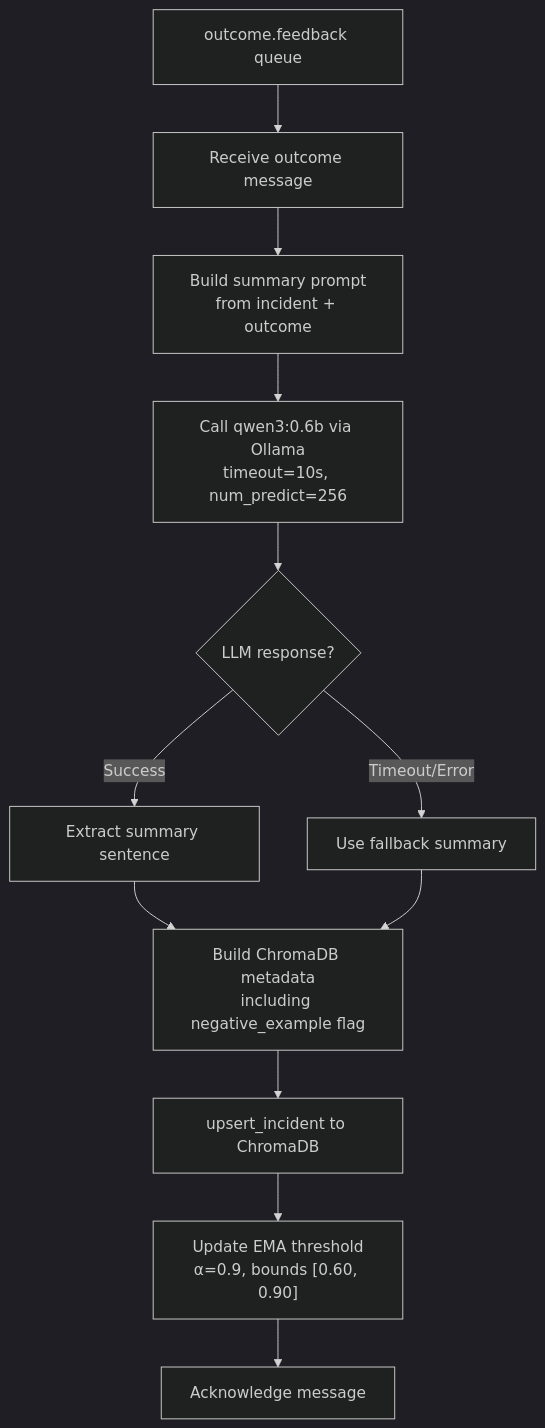
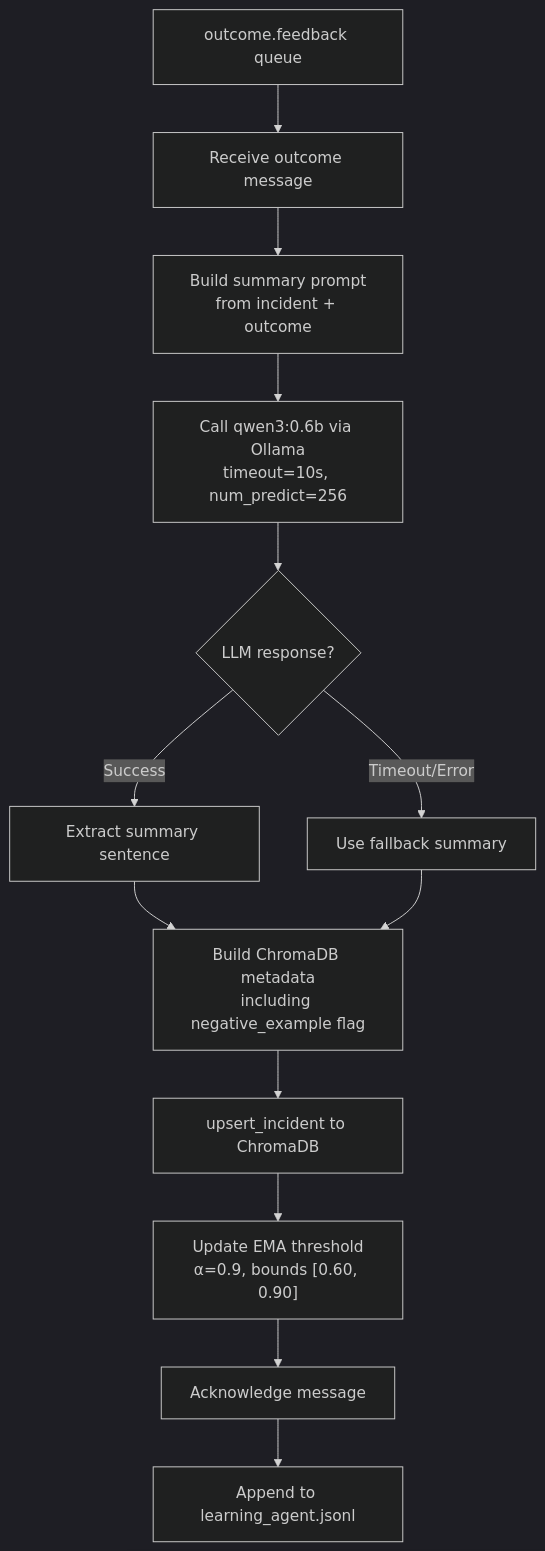
One commit to Spectre206/fyp-pipeline changed the fourth of 4 diagrams in layer2/docs/layer2_component_log.md. Above: the diagram before and after it, drawn with Mermaid (dark theme). The commit also changed other lines of this file and 10 other files, not shown here.

````diff
--- a/layer2/docs/layer2_component_log.md
+++ b/layer2/docs/layer2_component_log.md
@@ -235,14 +230,15 @@
 ```mermaid
 flowchart TD
     A[outcome.feedback queue] --> B[Receive outcome message]
     B --> C[Build summary prompt<br/>from incident + outcome]
     C --> D[Call qwen3:0.6b via Ollama<br/>timeout=10s, num_predict=256]
     D --> E{LLM response?}
     E -- Success --> F[Extract summary sentence]
     E -- Timeout/Error --> G[Use fallback summary]
     F --> H[Build ChromaDB metadata<br/>including negative_example flag]
     G --> H
     H --> I[upsert_incident to ChromaDB]
     I --> J["Update EMA threshold<br/>α=0.9, bounds [0.60, 0.90]"]
     J --> K[Acknowledge message]
+    K --> L[Append to learning_agent.jsonl]
 ```
````
